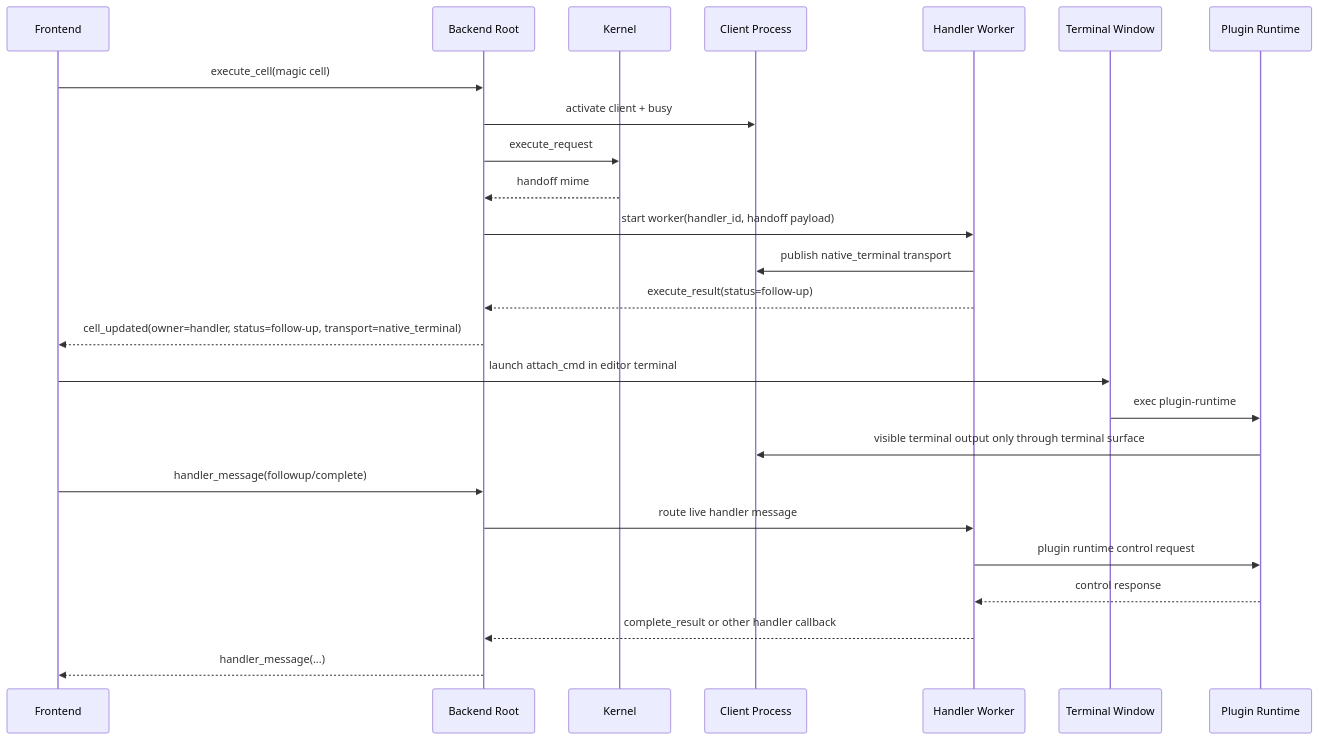
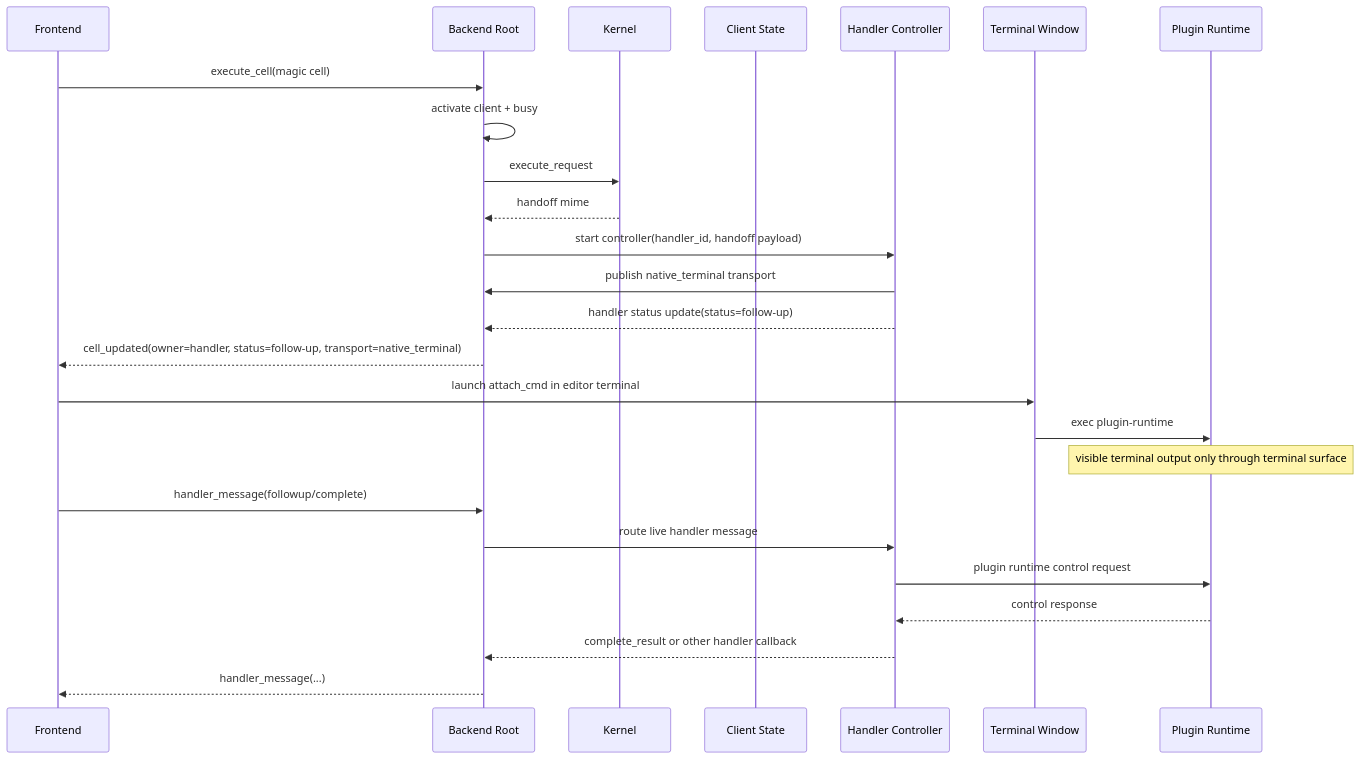
The fifth of 6 diagrams in docs/backend-map.md (notawhaleble/jusi), drawn with Mermaid before and after one commit. The commit also changed other lines of this file and 9 other files, not shown here.

````diff
--- a/docs/backend-map.md
+++ b/docs/backend-map.md
@@ -410,28 +407,28 @@
 ```mermaid
 sequenceDiagram
     participant F as Frontend
     participant B as Backend Root
     participant K as Kernel
-    participant C as Client Process
-    participant W as Handler Worker
+    participant C as Client State
+    participant W as Handler Controller
     participant T as Terminal Window
     participant P as Plugin Runtime
 
     F->>B: execute_cell(magic cell)
-    B->>C: activate client + busy
+    B->>B: activate client + busy
     B->>K: execute_request
     K-->>B: handoff mime
-    B->>W: start worker(handler_id, handoff payload)
-    W->>C: publish native_terminal transport
-    W-->>B: execute_result(status=follow-up)
+    B->>W: start controller(handler_id, handoff payload)
+    W->>B: publish native_terminal transport
+    W-->>B: handler status update(status=follow-up)
     B-->>F: cell_updated(owner=handler, status=follow-up, transport=native_terminal)
     F->>T: launch attach_cmd in editor terminal
     T->>P: exec plugin-runtime
-    P->>C: visible terminal output only through terminal surface
+    Note over P: visible terminal output only through terminal surface
     F->>B: handler_message(followup/complete)
     B->>W: route live handler message
     W->>P: plugin runtime control request
     P-->>W: control response
     W-->>B: complete_result or other handler callback
     B-->>F: handler_message(...)
 ```
````
